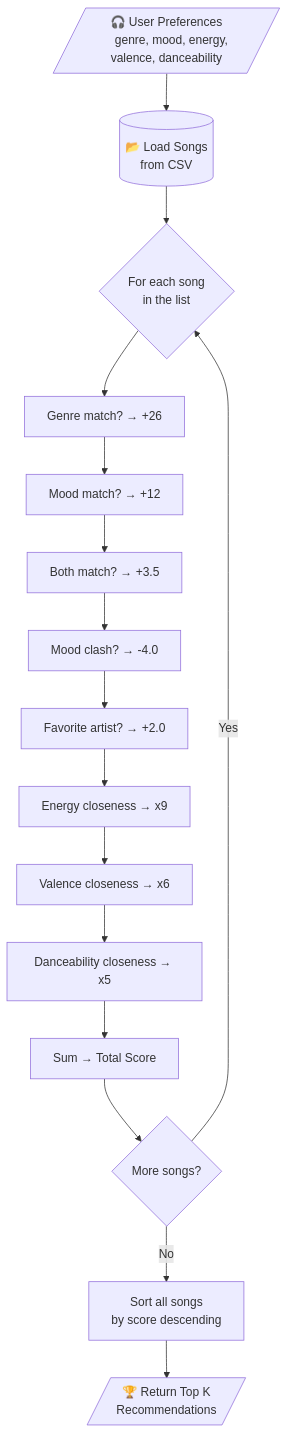
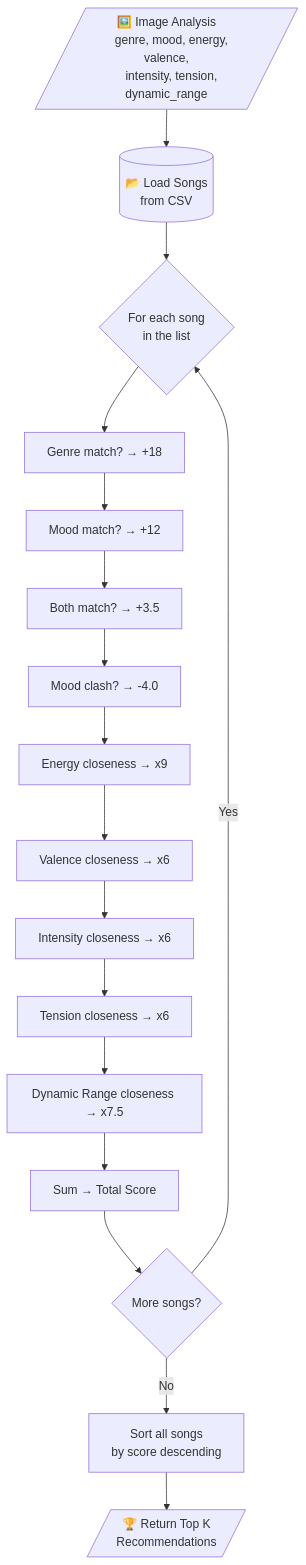
The diagram in README.md (CrazyMageRainy/ai-background-soundtrack-suggester-project), drawn with Mermaid before and after one commit. The commit also changed other lines of this file and 9 other files, not shown here.

````diff
--- a/README.md
+++ b/README.md
@@ -52,36 +44,38 @@
 ```mermaid
 flowchart TD
-    A[/"🎧 User Preferences
-    genre, mood, energy, valence, danceability"/]
-    
+    A[/"🖼️ Image Analysis
+    genre, mood, energy, valence,
+    intensity, tension, dynamic_range"/]
+
     B[("📂 Load Songs
     from CSV")]
-    
+
     C{"For each song
     in the list"}
-    
-    D["Genre match? → +26"]
+
+    D["Genre match? → +18"]
     E["Mood match? → +12"]
     F["Both match? → +3.5"]
     G["Mood clash? → -4.0"]
-    H["Favorite artist? → +2.0"]
-    I["Energy closeness → x9"]
-    J["Valence closeness → x6"]
-    K["Danceability closeness → x5"]
-    
-    L["Sum → Total Score"]
-    
-    M{More songs?}
-    
-    N["Sort all songs
+    H["Energy closeness → x9"]
+    I["Valence closeness → x6"]
+    J["Intensity closeness → x6"]
+    K["Tension closeness → x6"]
+    L["Dynamic Range closeness → x7.5"]
+
+    M["Sum → Total Score"]
+
+    N{More songs?}
+
+    O["Sort all songs
     by score descending"]
-    
-    O[/"🏆 Return Top K
+
+    P[/"🏆 Return Top K
     Recommendations"/]
 
     A --> B --> C
-    C --> D --> E --> F --> G --> H --> I --> J --> K --> L
-    L --> M
-    M -- Yes --> C
-    M -- No --> N --> O
+    C --> D --> E --> F --> G --> H --> I --> J --> K --> L --> M
+    M --> N
+    N -- Yes --> C
+    N -- No --> O --> P
 ```
````
